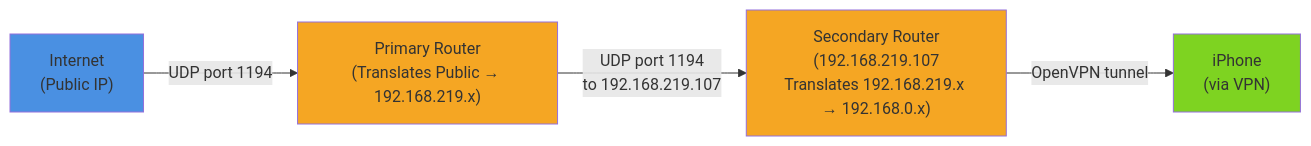
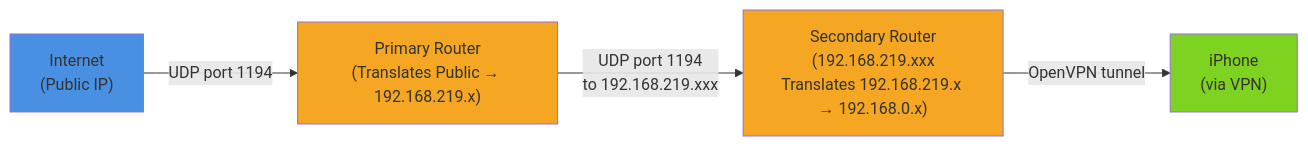
One commit to samcho0608/samcho0608.github.io changed the second of 2 diagrams in content/en/router-vpn-01.md. Above: the diagram before and after it, drawn with Mermaid. The commit also changed other lines of this file and 1 other file, not shown here.

First line of the commit message:
content: revise router-vpn-01 to reflect actual experience

````diff
--- a/content/en/router-vpn-01.md
+++ b/content/en/router-vpn-01.md
@@ -90,16 +92,16 @@
 ```mermaid
 graph LR
     A["Internet<br/>(Public IP)"]
     B["Primary Router<br/>(Translates Public → 192.168.219.x)"]
-    C["Secondary Router<br/>(192.168.219.107<br/>Translates 192.168.219.x → 192.168.0.x)"]
+    C["Secondary Router<br/>(192.168.219.xxx<br/>Translates 192.168.219.x → 192.168.0.x)"]
     D["iPhone<br/>(via VPN)"]
 
     A -->|UDP port 1194| B
-    B -->|UDP port 1194<br/>to 192.168.219.107| C
+    B -->|UDP port 1194<br/>to 192.168.219.xxx| C
     C -->|OpenVPN tunnel| D
 
     style A fill:#4a90e2
     style B fill:#f5a623
     style C fill:#f5a623
     style D fill:#7ed321
 ```
````
